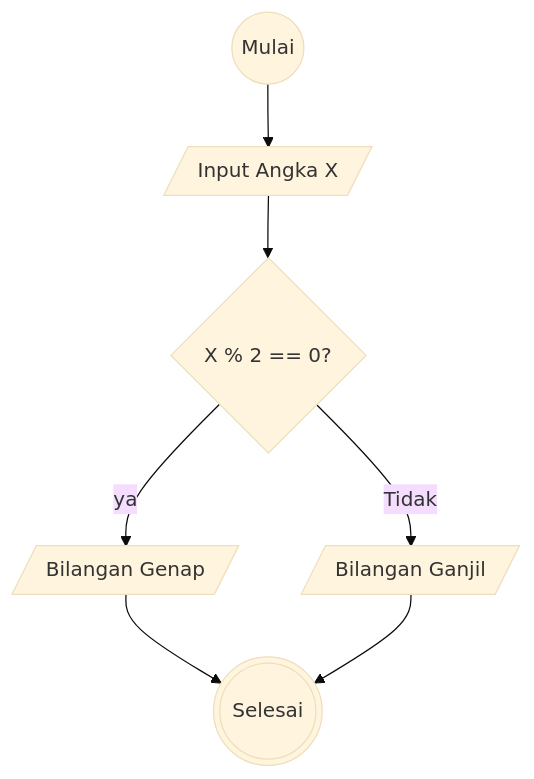
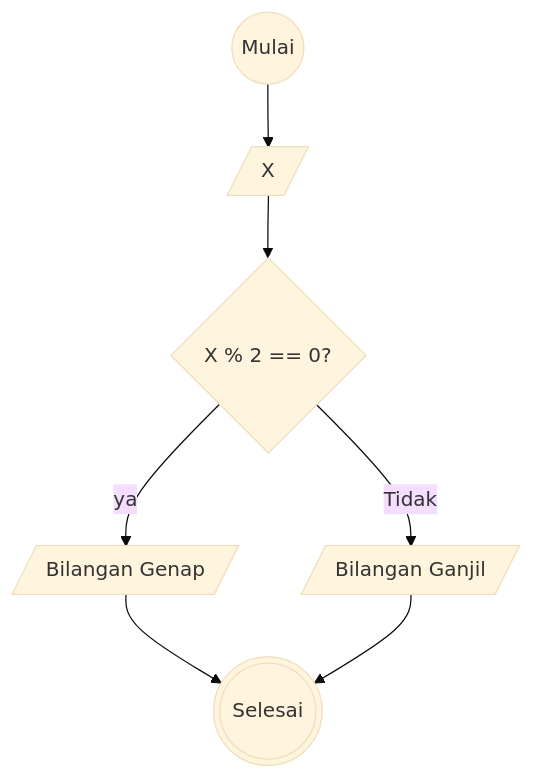
Before and after one commit to yusufbahtiarr/fgo24-algoritma: the diagram in algoritma-mititask-bilanganganjil-genap.md, drawn with Mermaid (base theme).

````diff
--- a/algoritma-mititask-bilanganganjil-genap.md
+++ b/algoritma-mititask-bilanganganjil-genap.md
@@ -10,15 +10,15 @@
 ```mermaid
     flowchart TD
         A((Mulai))
-        B[/Input Angka X/]
+        B[/X/]
         C{X % 2 == 0?}
         CGA[/Bilangan Genap/]
         CGI[/Bilangan Ganjil/]
         D(((Selesai)))
         A --> B
         B --> C
         C -- ya --> CGA
         C -- Tidak --> CGI
         CGA --> D
         CGI --> D
 ```
````
